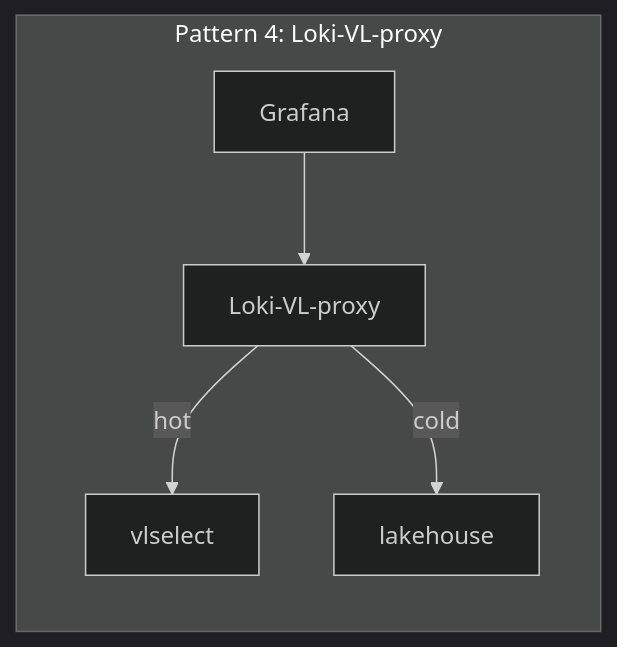
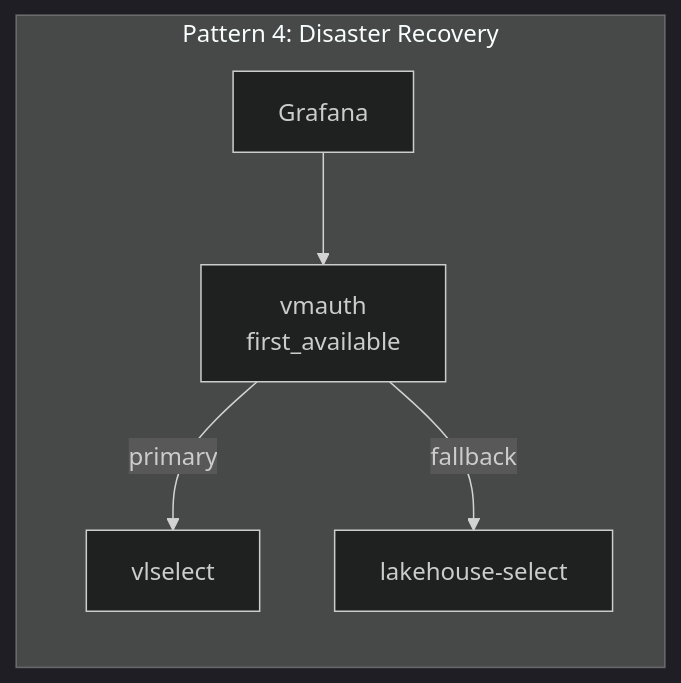
The seventh of 8 diagrams in README.md (ReliablyObserve/victoria-lakehouse), drawn with Mermaid (dark theme) before and after one commit. The commit also changed other lines of this file and 5 other files, not shown here.

First line of the commit message:
docs: add deployment architecture, analytics, and use cases

````diff
--- a/README.md
+++ b/README.md
@@ -208,8 +213,8 @@
 ```mermaid
 graph LR
-    subgraph "Pattern 4: Loki-VL-proxy"
-        G4["Grafana"] --> LVP["Loki-VL-proxy"]
-        LVP -->|hot| VS4["vlselect"]
-        LVP -->|cold| LH4["lakehouse"]
+    subgraph "Pattern 4: Disaster Recovery"
+        G4["Grafana"] --> VMA["vmauth<br/>first_available"]
+        VMA -->|primary| VS4["vlselect"]
+        VMA -->|fallback| LH4["lakehouse-select"]
     end
 ```
````
